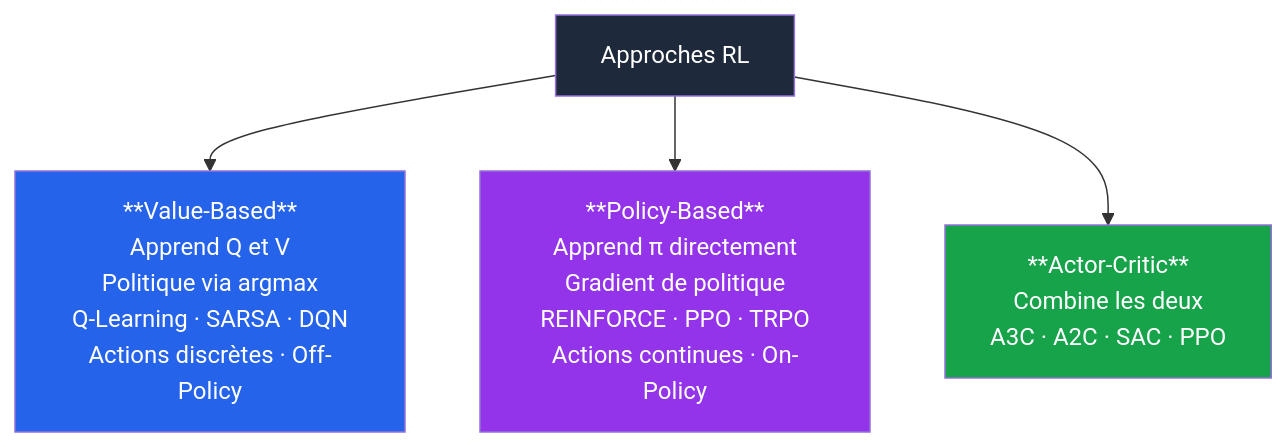
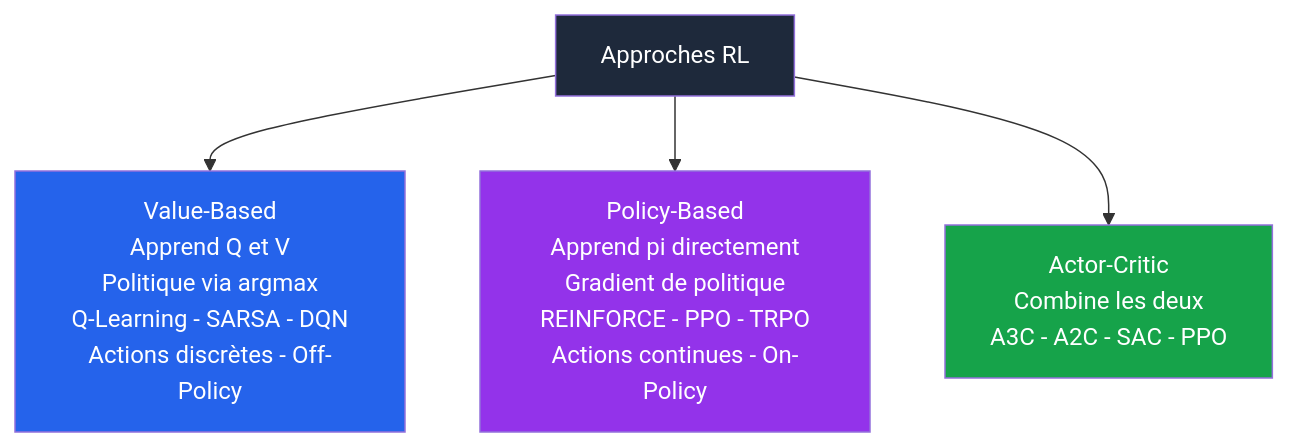
The first of 9 diagrams in 08-Chapitre08-Value-Based-vs-Policy-Based.md (inskillflow/apprentissage-par-renforcement-fr), drawn with Mermaid before and after one commit.

````diff
--- a/08-Chapitre08-Value-Based-vs-Policy-Based.md
+++ b/08-Chapitre08-Value-Based-vs-Policy-Based.md
@@ -44,13 +44,13 @@
 ```mermaid
 flowchart TD
-    VB["**Value-Based**\nApprend Q et V\nPolitique via argmax\nQ-Learning · SARSA · DQN\nActions discrètes · Off-Policy"]
-    PB["**Policy-Based**\nApprend π directement\nGradient de politique\nREINFORCE · PPO · TRPO\nActions continues · On-Policy"]
-    AC["**Actor-Critic**\nCombine les deux\nA3C · A2C · SAC · PPO"]
+    VB["Value-Based\nApprend Q et V\nPolitique via argmax\nQ-Learning - SARSA - DQN\nActions discrètes - Off-Policy"]
+    PB["Policy-Based\nApprend pi directement\nGradient de politique\nREINFORCE - PPO - TRPO\nActions continues - On-Policy"]
+    AC["Actor-Critic\nCombine les deux\nA3C - A2C - SAC - PPO"]
     ROOT["Approches RL"] --> VB
     ROOT --> PB
     ROOT --> AC
     style ROOT fill:#1e293b,color:#fff
     style VB fill:#2563eb,color:#fff
     style PB fill:#9333ea,color:#fff
     style AC fill:#16a34a,color:#fff
 ```
````
